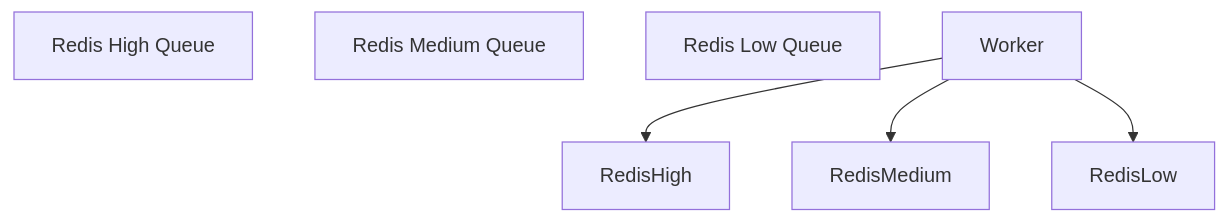
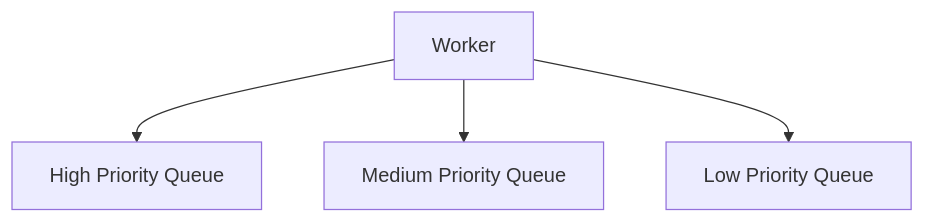
One commit to HVC640/Distributed-Task-Processing-Platform changed the sixth of 12 diagrams in architecture-diagram.md. Above: the diagram before and after it, drawn with Mermaid. The commit also changed other lines of this file and 4 other files, not shown here.

Commit message:
Enhance system documentation and architecture diagrams; add README with project overview, features, and setup instructions

````diff
--- a/architecture-diagram.md
+++ b/architecture-diagram.md
@@ -247,21 +145,11 @@
 ```mermaid
-
 flowchart TD
 
+High[High Priority Queue]
+Medium[Medium Priority Queue]
+Low[Low Priority Queue]
 
-
-RedisHigh\[Redis High Queue]
-
-RedisMedium\[Redis Medium Queue]
-
-RedisLow\[Redis Low Queue]
-
-
-
-Worker --> RedisHigh
-
-Worker --> RedisMedium
-
-Worker --> RedisLow
-
+Worker --> High
+Worker --> Medium
+Worker --> Low
 ```
````
